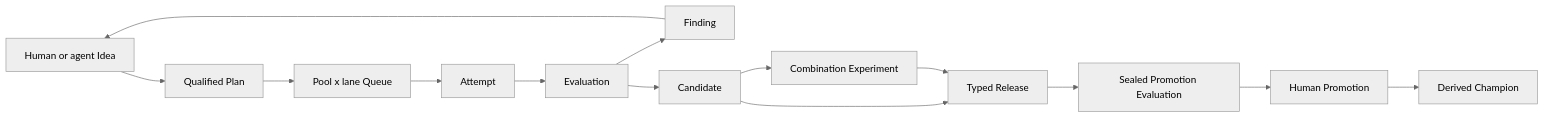
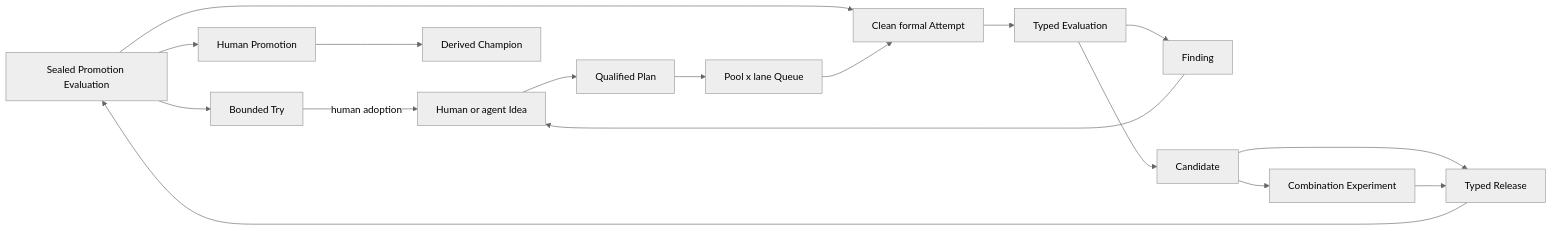
One commit to daviddwlee84/exp-cli changed the diagram in docs/design/autonomous-research-control-plane.md. Above: the diagram before and after it, drawn with Mermaid (neutral theme). The commit also changed other lines of this file and 262 other files, not shown here.

````diff
--- a/docs/design/autonomous-research-control-plane.md
+++ b/docs/design/autonomous-research-control-plane.md
@@ -8,16 +8,19 @@
 ```mermaid
 flowchart LR
-  I[Human or agent Idea] --> P[Qualified Plan]
+  S[Source] --> T[Bounded Try]
+  T -->|human adoption| I[Human or agent Idea]
+  S --> A
+  I --> P[Qualified Plan]
   P --> Q[Pool x lane Queue]
-  Q --> A[Attempt]
-  A --> E[Evaluation]
+  Q --> A[Clean formal Attempt]
+  A --> E[Typed Evaluation]
   E --> F[Finding]
   F --> I
   E --> C[Candidate]
   C --> X[Combination Experiment]
   C --> R[Typed Release]
   X --> R
   R --> S[Sealed Promotion Evaluation]
   S --> M[Human Promotion]
   M --> H[Derived Champion]
 ```
````
